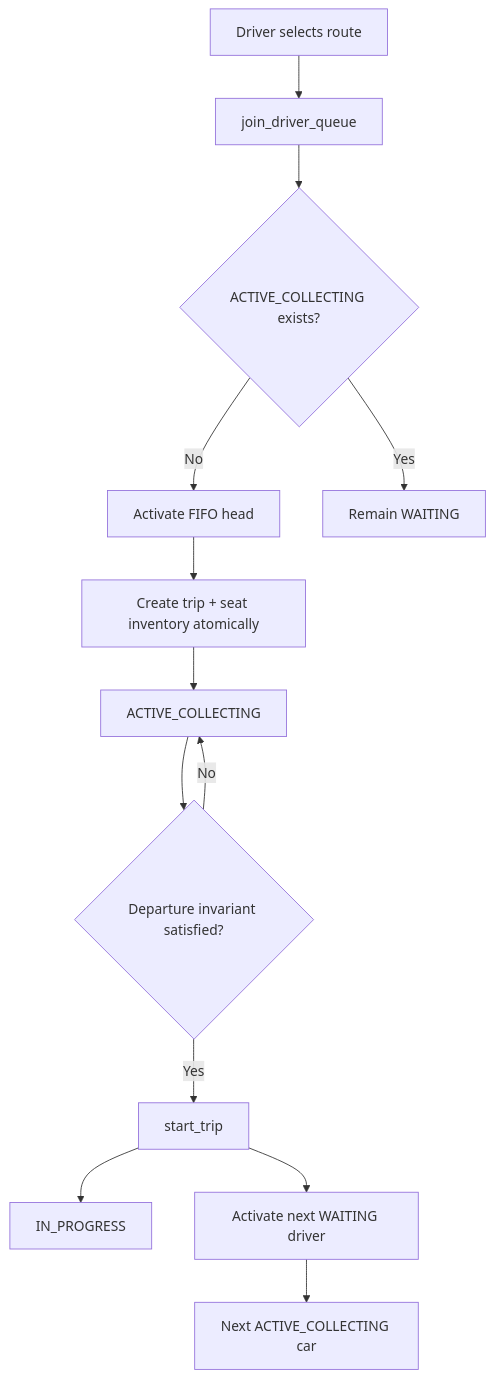
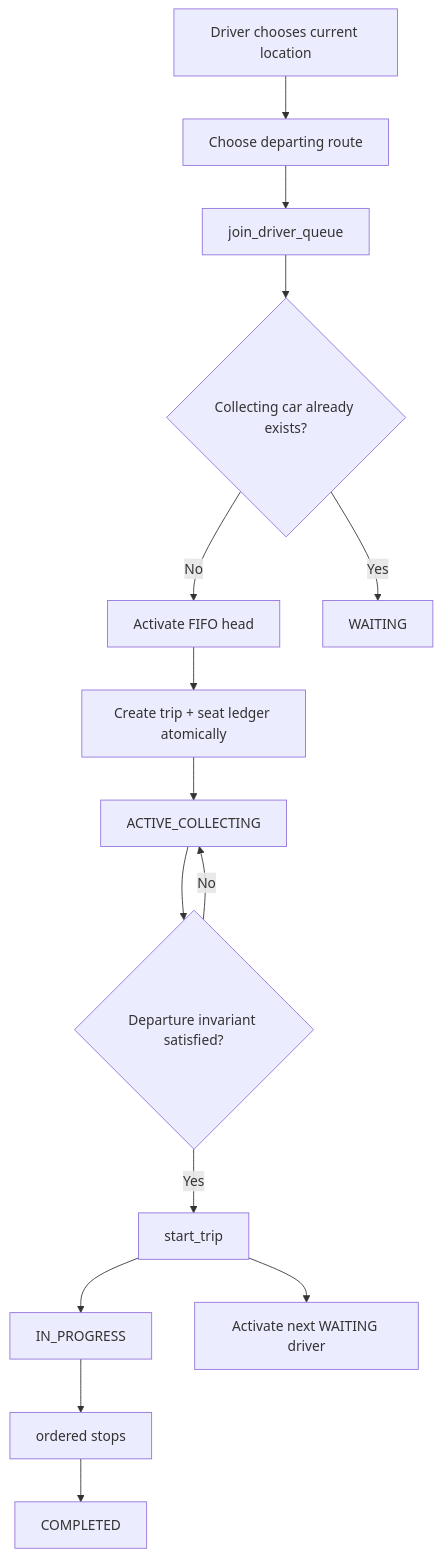
One commit to rajeevbackup42112-coder/raahimini changed the second of 5 diagrams in docs/RAAHI_MASTER_ARCHITECTURE.md. Above: the diagram before and after it, drawn with Mermaid. The commit also changed other lines of this file, not shown here.

Commit message:
Consolidate Raahi canonical architecture

````diff
--- a/docs/RAAHI_MASTER_ARCHITECTURE.md
+++ b/docs/RAAHI_MASTER_ARCHITECTURE.md
@@ -141,15 +115,17 @@
 ```mermaid
 flowchart TD
-    A[Driver selects route] --> B[join_driver_queue]
-    B --> C{ACTIVE_COLLECTING exists?}
-    C -- No --> D[Activate FIFO head]
-    C -- Yes --> E[Remain WAITING]
-    D --> F[Create trip + seat inventory atomically]
-    F --> G[ACTIVE_COLLECTING]
-    G --> H{Departure invariant satisfied?}
-    H -- No --> G
-    H -- Yes --> I[start_trip]
-    I --> J[IN_PROGRESS]
-    I --> K[Activate next WAITING driver]
-    K --> L[Next ACTIVE_COLLECTING car]
+    A[Driver chooses current location] --> B[Choose departing route]
+    B --> C[join_driver_queue]
+    C --> D{Collecting car already exists?}
+    D -- No --> E[Activate FIFO head]
+    D -- Yes --> F[WAITING]
+    E --> G[Create trip + seat ledger atomically]
+    G --> H[ACTIVE_COLLECTING]
+    H --> I{Departure invariant satisfied?}
+    I -- No --> H
+    I -- Yes --> J[start_trip]
+    J --> K[IN_PROGRESS]
+    J --> L[Activate next WAITING driver]
+    K --> M[ordered stops]
+    M --> N[COMPLETED]
 ```
````
